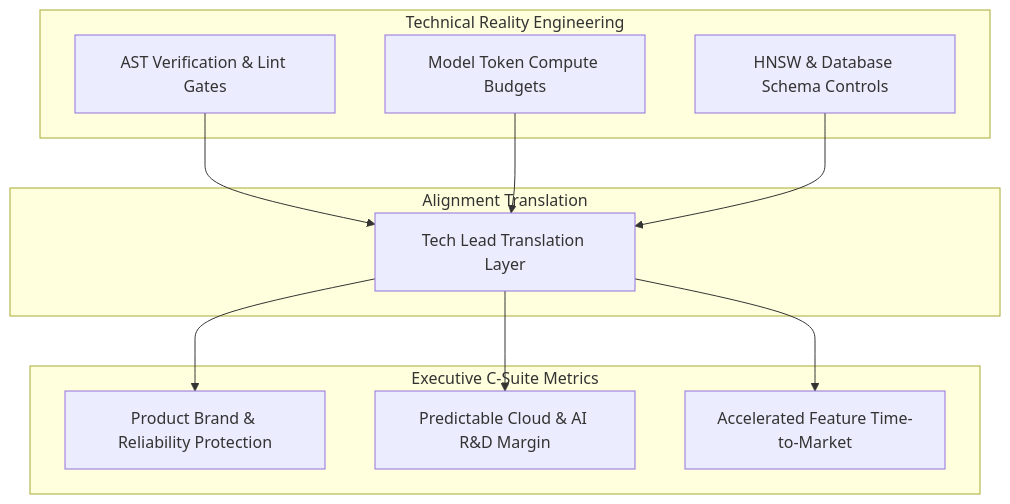
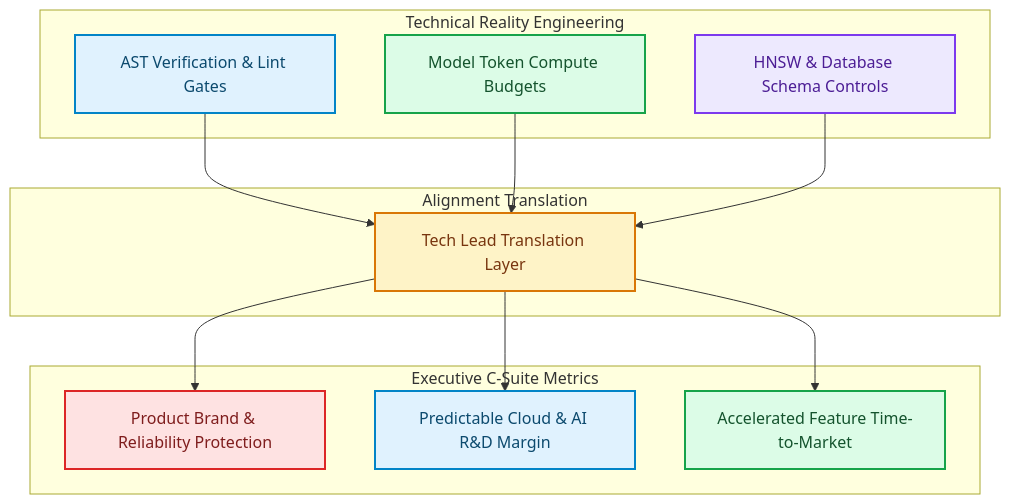
Before and after one commit to akmalkhaniub/akmalkhaniub.github.io: the diagram in blog/posts/tech-lead-cross-functional-alignment-executive-stakeholders.md, drawn with Mermaid. The commit also changed other lines of this file and 1291 other files, not shown here.

First line of the commit message:
feat(catalog): unique covers, scholarly references, and diagram palettes

````diff
--- a/blog/posts/tech-lead-cross-functional-alignment-executive-stakeholders.md
+++ b/blog/posts/tech-lead-cross-functional-alignment-executive-stakeholders.md
@@ -17,22 +17,33 @@
 ```mermaid
 flowchart TD
   subgraph SG1_TechnicalRealityEngineering ["Technical Reality Engineering"]
-    A[AST Verification & Lint Gates]
-    B[Model Token Compute Budgets]
-    C[HNSW & Database Schema Controls]
+    A["AST Verification & Lint Gates"]
+    B["Model Token Compute Budgets"]
+    C["HNSW & Database Schema Controls"]
   end
   subgraph SG2_AlignmentTranslation ["Alignment Translation"]
-    D[Tech Lead Translation Layer]
+    D["Tech Lead Translation Layer"]
   end
   subgraph SG3_ExecutiveCSuite ["Executive C-Suite Metrics"]
-    E[Product Brand & Reliability Protection]
-    F[Predictable Cloud & AI R&D Margin]
-    G[Accelerated Feature Time-to-Market]
+    E["Product Brand & Reliability Protection"]
+    F["Predictable Cloud & AI R&D Margin"]
+    G["Accelerated Feature Time-to-Market"]
   end
   A --> D
   B --> D
   C --> D
   D --> E
   D --> F
   D --> G
+
+classDef green fill:#dcfce7,stroke:#16a34a,stroke-width:2px,color:#14532d;
+classDef red fill:#fee2e2,stroke:#dc2626,stroke-width:2px,color:#7f1d1d;
+classDef blue fill:#e0f2fe,stroke:#0284c7,stroke-width:2px,color:#0c4a6e;
+classDef yellow fill:#fef3c7,stroke:#d97706,stroke-width:2px,color:#78350f;
+classDef purple fill:#ede9fe,stroke:#7c3aed,stroke-width:2px,color:#4c1d95;
+class A,F blue
+class B,G green
+class C purple
+class D yellow
+class E red
 ```
````
